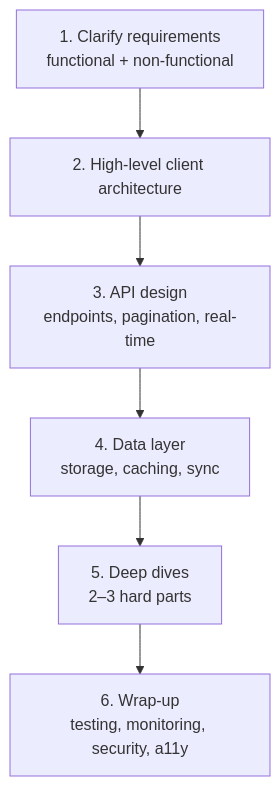
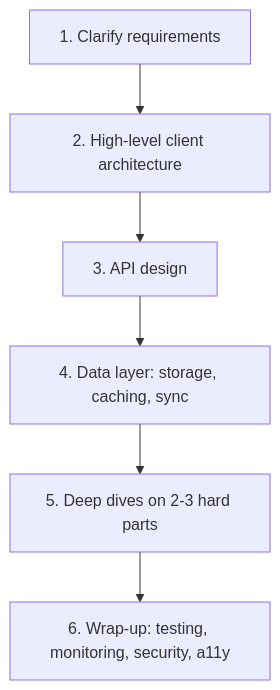
Before and after one commit to AkshayAshokCode/Android-Interview-Questions-cheat-sheet: the first of 24 diagrams in topics/23-system-design.md, drawn with Mermaid. The commit also changed other lines of this file and 4 other files, not shown here.

````diff
--- a/topics/23-system-design.md
+++ b/topics/23-system-design.md
@@ -16,8 +20,8 @@
 ```mermaid
 flowchart TD
-    R["1. Clarify requirements<br/>functional + non-functional"] --> H["2. High-level client architecture"]
-    H --> A["3. API design<br/>endpoints, pagination, real-time"]
-    A --> D["4. Data layer<br/>storage, caching, sync"]
-    D --> DD["5. Deep dives<br/>2–3 hard parts"]
-    DD --> W["6. Wrap-up<br/>testing, monitoring, security, a11y"]
+    R["1. Clarify requirements"] --> H["2. High-level client architecture"]
+    H --> A["3. API design"]
+    A --> D["4. Data layer: storage, caching, sync"]
+    D --> DD["5. Deep dives on 2-3 hard parts"]
+    DD --> W["6. Wrap-up: testing, monitoring, security, a11y"]
 ```
````
